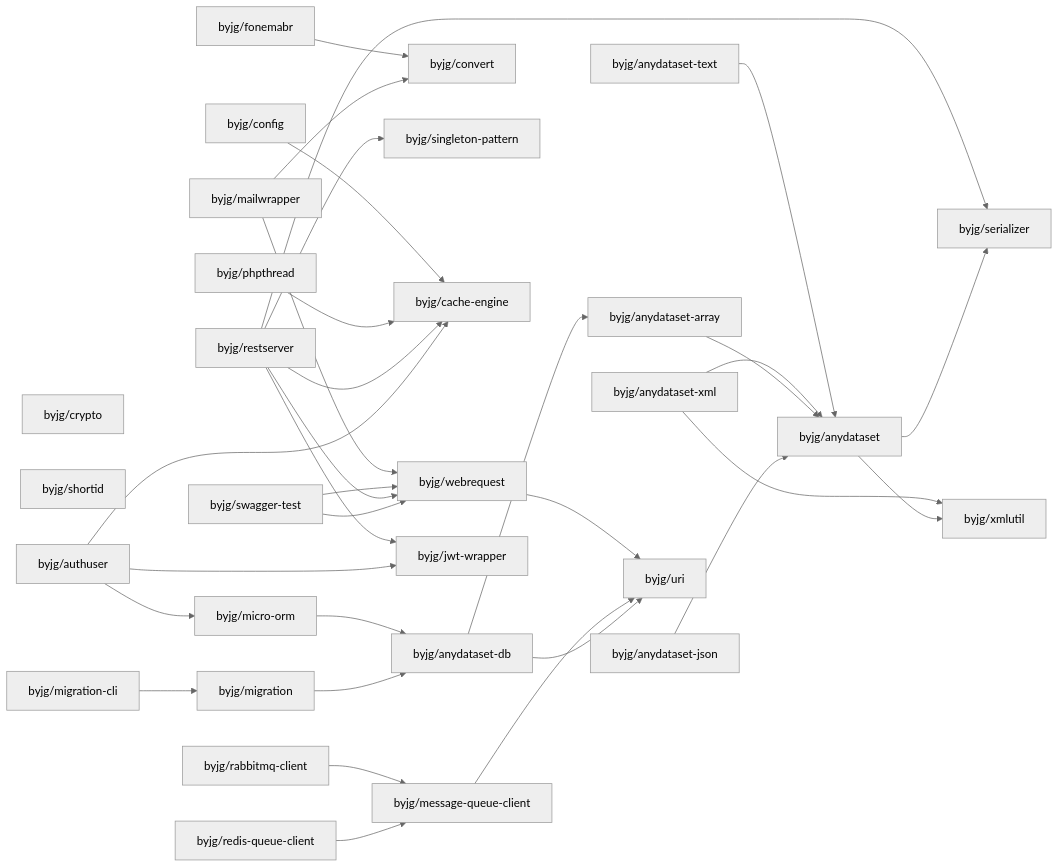
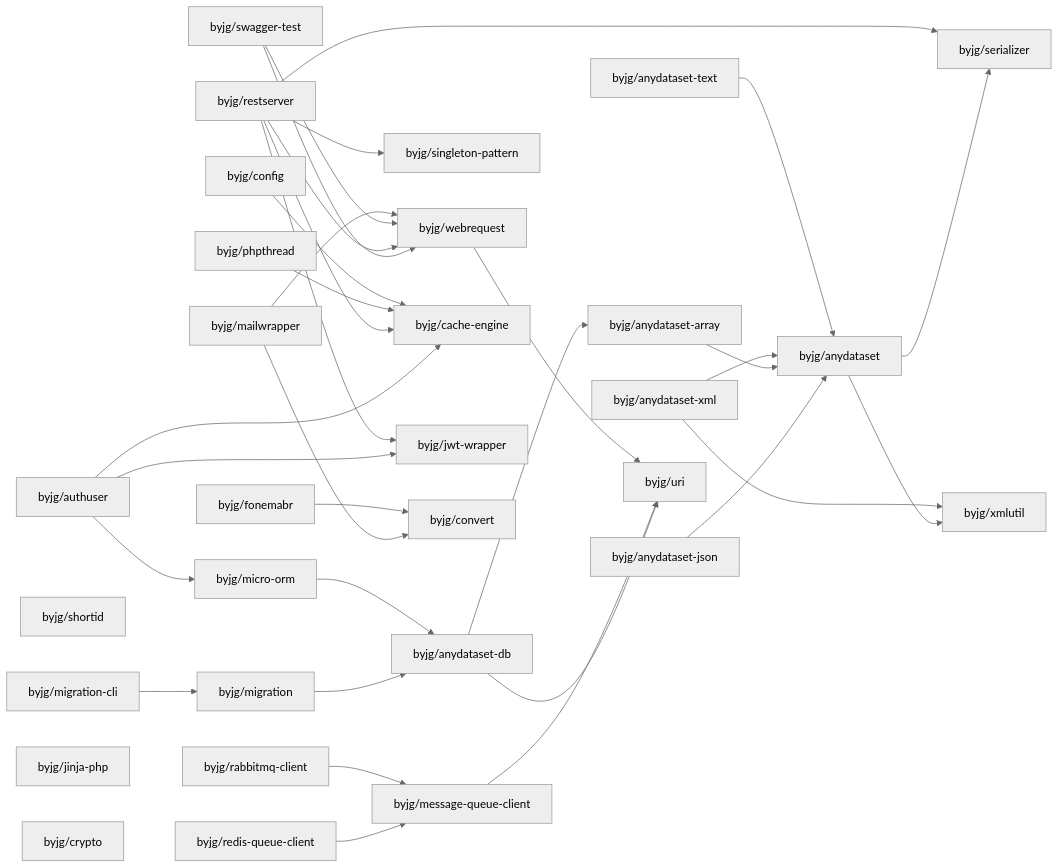
One commit to byjg/byjg.github.io changed the diagram in php/README.md. Above: the diagram before and after it, drawn with Mermaid (neutral theme). The commit also changed 2 other files, not shown here.

Commit message:
Update documentation 'php' 'php-jinja'

````diff
--- a/php/README.md
+++ b/php/README.md
@@ -3,63 +3,64 @@
 ```mermaid
 graph LR;
+  byjg/config;
   byjg/rabbitmq-client;
+  byjg/redis-queue-client;
+  byjg/swagger-test;
+  byjg/anydataset-text;
+  byjg/restserver;
   byjg/mailwrapper;
-  byjg/swagger-test;
+  byjg/phpthread;
+  byjg/authuser;
+  byjg/shortid;
+  byjg/fonemabr;
+  byjg/anydataset-json;
+  byjg/migration-cli;
+  byjg/jinja-php;
   byjg/anydataset-xml;
-  byjg/phpthread;
-  byjg/redis-queue-client;
-  byjg/anydataset-json;
   byjg/crypto;
-  byjg/anydataset-text;
-  byjg/shortid;
-  byjg/authuser;
-  byjg/fonemabr;
-  byjg/migration-cli;
-  byjg/config;
-  byjg/restserver;
   byjg/message-queue-client;
+  byjg/singleton-pattern;
+  byjg/webrequest;
   byjg/micro-orm;
+  byjg/cache-engine;
+  byjg/jwt-wrapper;
   byjg/convert;
   byjg/migration;
-  byjg/singleton-pattern;
-  byjg/cache-engine;
-  byjg/webrequest;
-  byjg/jwt-wrapper;
   byjg/anydataset-db;
   byjg/anydataset-array;
   byjg/uri;
   byjg/anydataset;
   byjg/serializer;
   byjg/xmlutil;
   byjg/fonemabr --> byjg/convert;
   byjg/config --> byjg/cache-engine;
   byjg/anydataset-text --> byjg/anydataset;
   byjg/webrequest --> byjg/uri;
   byjg/rabbitmq-client --> byjg/message-queue-client;
   byjg/micro-orm --> byjg/anydataset-db;
   byjg/phpthread --> byjg/cache-engine;
   byjg/anydataset-xml --> byjg/anydataset;
   byjg/anydataset-xml --> byjg/xmlutil;
   byjg/anydataset-array --> byjg/anydataset;
   byjg/mailwrapper --> byjg/convert;
   byjg/mailwrapper --> byjg/webrequest;
   byjg/message-queue-client --> byjg/uri;
   byjg/anydataset-db --> byjg/anydataset-array;
   byjg/anydataset-db --> byjg/uri;
   byjg/anydataset-json --> byjg/anydataset;
   byjg/migration --> byjg/anydataset-db;
   byjg/swagger-test --> byjg/webrequest;
   byjg/redis-queue-client --> byjg/message-queue-client;
   byjg/restserver --> byjg/serializer;
   byjg/restserver --> byjg/singleton-pattern;
   byjg/restserver --> byjg/cache-engine;
   byjg/restserver --> byjg/webrequest;
   byjg/restserver --> byjg/jwt-wrapper;
   byjg/authuser --> byjg/micro-orm;
   byjg/authuser --> byjg/cache-engine;
   byjg/authuser --> byjg/jwt-wrapper;
   byjg/swagger-test --> byjg/webrequest;
   byjg/migration-cli --> byjg/migration;
   byjg/anydataset --> byjg/serializer;
   byjg/anydataset --> byjg/xmlutil;
 ```
````
